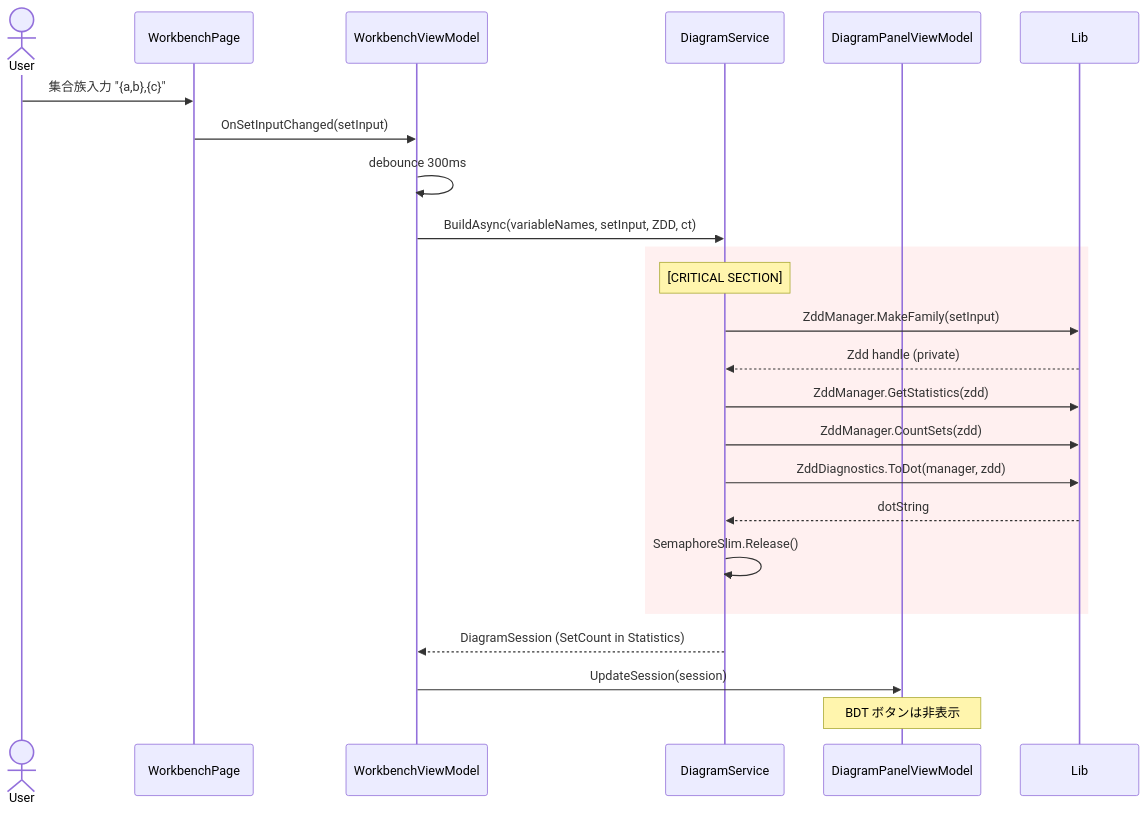
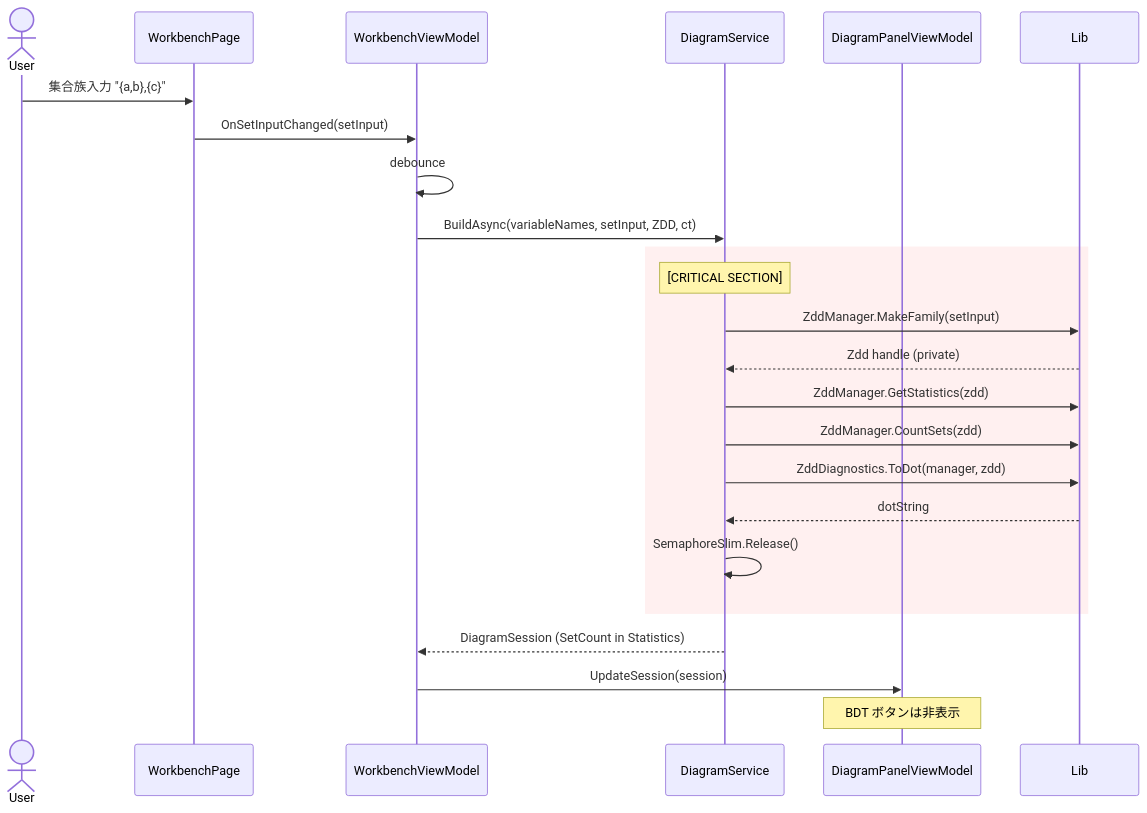
One commit to urario/DecisionDiagramStudio changed the tenth of 16 diagrams in docs/architecture.md. Above: the diagram before and after it, drawn with Mermaid. The commit also changed other lines of this file and 23 other files, not shown here.

````diff
--- a/docs/architecture.md
+++ b/docs/architecture.md
@@ -514,28 +514,28 @@
 ```mermaid
 sequenceDiagram
     actor User
     participant VP as WorkbenchPage
     participant WVM as WorkbenchViewModel
     participant DS as DiagramService
     participant DPV as DiagramPanelViewModel
 
     User->>VP: 集合族入力 "{a,b},{c}"
     VP->>WVM: OnSetInputChanged(setInput)
-    WVM->>WVM: debounce 300ms
+    WVM->>WVM: debounce
     WVM->>DS: BuildAsync(variableNames, setInput, ZDD, ct)
 
     rect rgb(255, 240, 240)
         Note over DS: [CRITICAL SECTION]
         DS->>Lib: ZddManager.MakeFamily(setInput)
         Lib-->>DS: Zdd handle (private)
         DS->>Lib: ZddManager.GetStatistics(zdd)
         DS->>Lib: ZddManager.CountSets(zdd)
         DS->>Lib: ZddDiagnostics.ToDot(manager, zdd)
         Lib-->>DS: dotString
         DS->>DS: SemaphoreSlim.Release()
     end
 
     DS-->>WVM: DiagramSession (SetCount in Statistics)
     WVM->>DPV: UpdateSession(session)
     Note over DPV: BDT ボタンは非表示
 ```
````
